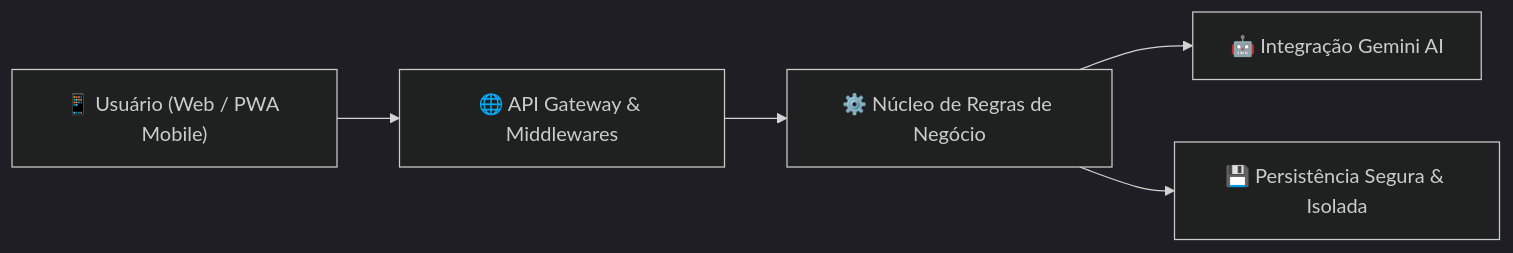
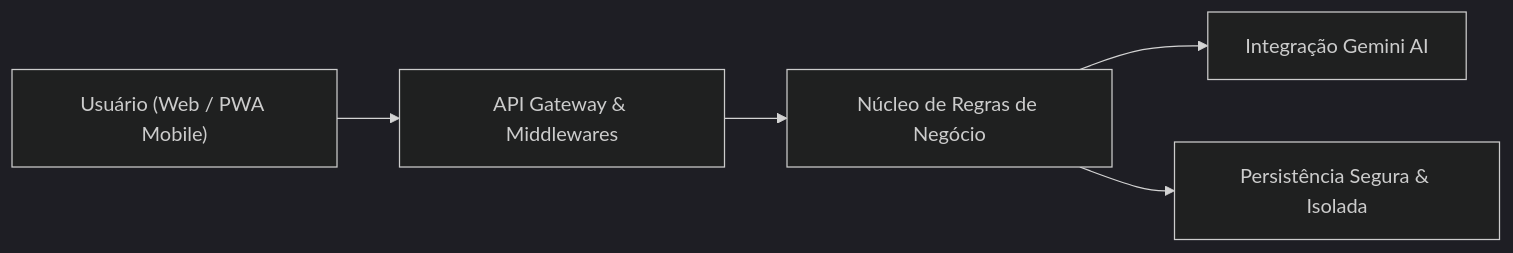
The diagram in README.md (robsonlllourenco/NexFinance), drawn with Mermaid (dark theme) before and after one commit. The commit also changed other lines of this file and 2 other files, not shown here.

````diff
--- a/README.md
+++ b/README.md
@@ -124,7 +124,7 @@
 ```mermaid
 flowchart LR
-    A["📱 Usuário (Web / PWA Mobile)"] --> B["🌐 API Gateway & Middlewares"]
-    B --> C["⚙️ Núcleo de Regras de Negócio"]
-    C --> D["🤖 Integração Gemini AI"]
-    C --> E["💾 Persistência Segura & Isolada"]
+    A["Usuário (Web / PWA Mobile)"] --> B["API Gateway & Middlewares"]
+    B --> C["Núcleo de Regras de Negócio"]
+    C --> D["Integração Gemini AI"]
+    C --> E["Persistência Segura & Isolada"]
 ```
````
